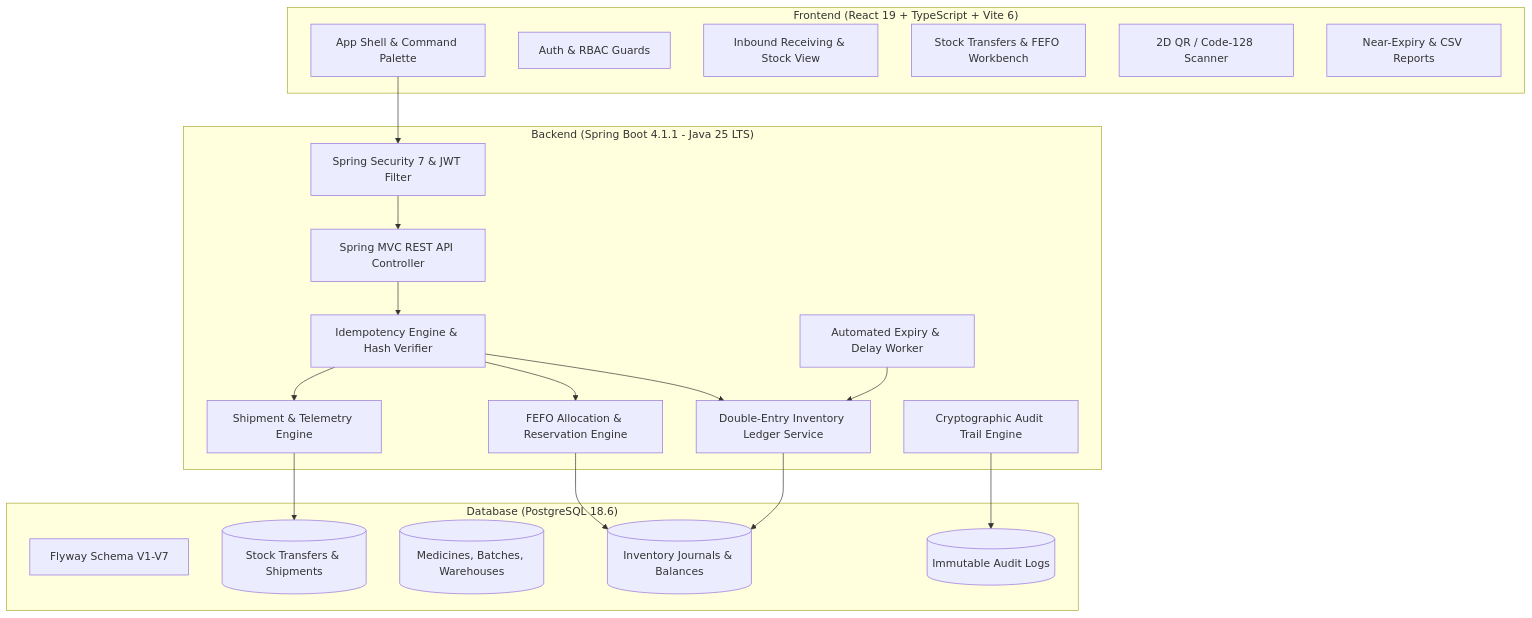
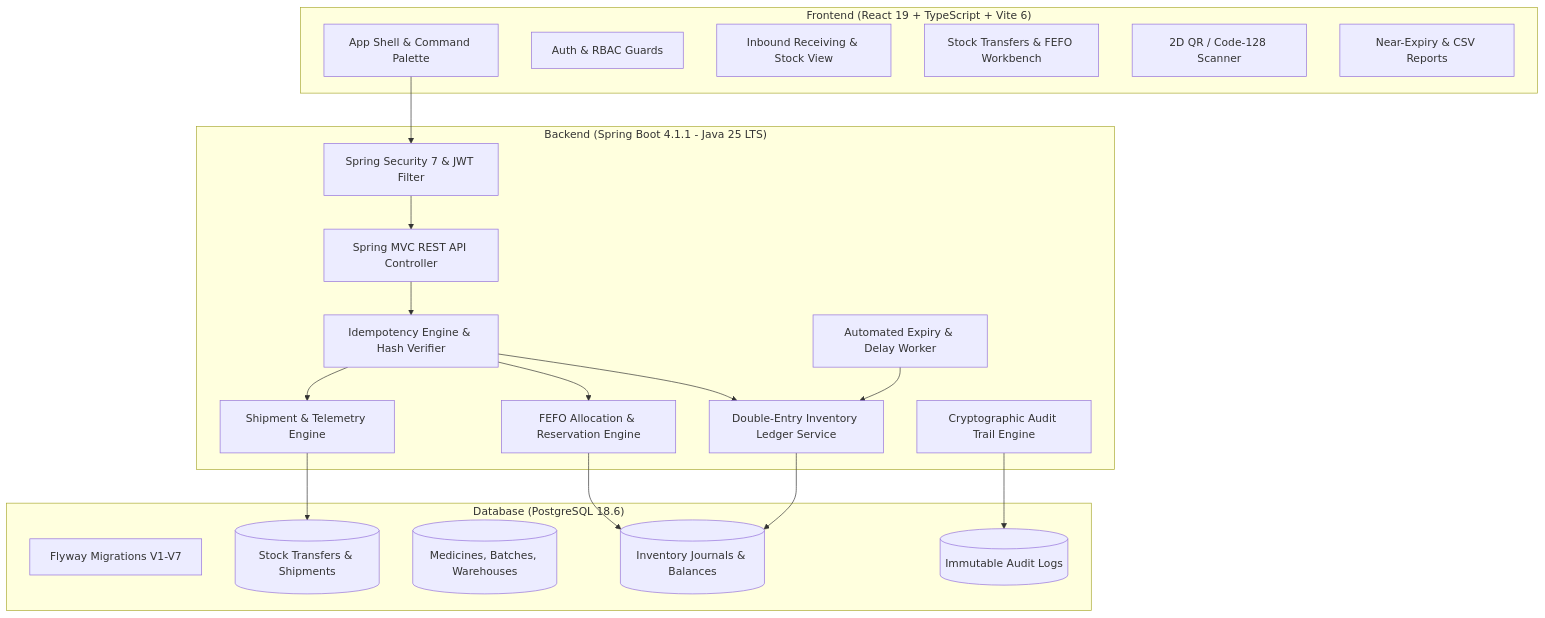
Before and after one commit to snmallick2401/MedTrack: the first of 4 diagrams in README.md, drawn with Mermaid. The commit also changed other lines of this file, not shown here.

Commit message:
docs: enhance repository README with interactive diagrams, badges, and API specs

````diff
--- a/README.md
+++ b/README.md
@@ -188,42 +169,42 @@
 ```mermaid
 graph TD
     subgraph Frontend ["Frontend (React 19 + TypeScript + Vite 6)"]
         UI[App Shell & Command Palette]
         AuthUI[Auth & RBAC Guards]
         InvUI[Inbound Receiving & Stock View]
         TrfUI[Stock Transfers & FEFO Workbench]
         ScanUI[2D QR / Code-128 Scanner]
         RepUI[Near-Expiry & CSV Reports]
     end
 
     subgraph Backend ["Backend (Spring Boot 4.1.1 - Java 25 LTS)"]
         API[Spring MVC REST API Controller]
         Sec[Spring Security 7 & JWT Filter]
         Idem[Idempotency Engine & Hash Verifier]
         Ledger[Double-Entry Inventory Ledger Service]
         FEFO[FEFO Allocation & Reservation Engine]
         Ship[Shipment & Telemetry Engine]
         Alert[Automated Expiry & Delay Worker]
         Audit[Cryptographic Audit Trail Engine]
     end
 
     subgraph Storage ["Database (PostgreSQL 18.6)"]
-        Flyway[Flyway Schema V1-V7]
+        Flyway[Flyway Migrations V1-V7]
         DB_Ledger[(Inventory Journals & Balances)]
         DB_Master[(Medicines, Batches, Warehouses)]
         DB_Transfers[(Stock Transfers & Shipments)]
         DB_Audit[(Immutable Audit Logs)]
     end
 
     UI --> Sec
     Sec --> API
     API --> Idem
     Idem --> Ledger
     Idem --> FEFO
     Idem --> Ship
     Alert --> Ledger
     Ledger --> DB_Ledger
     FEFO --> DB_Ledger
     Ship --> DB_Transfers
     Audit --> DB_Audit
 ```
````
